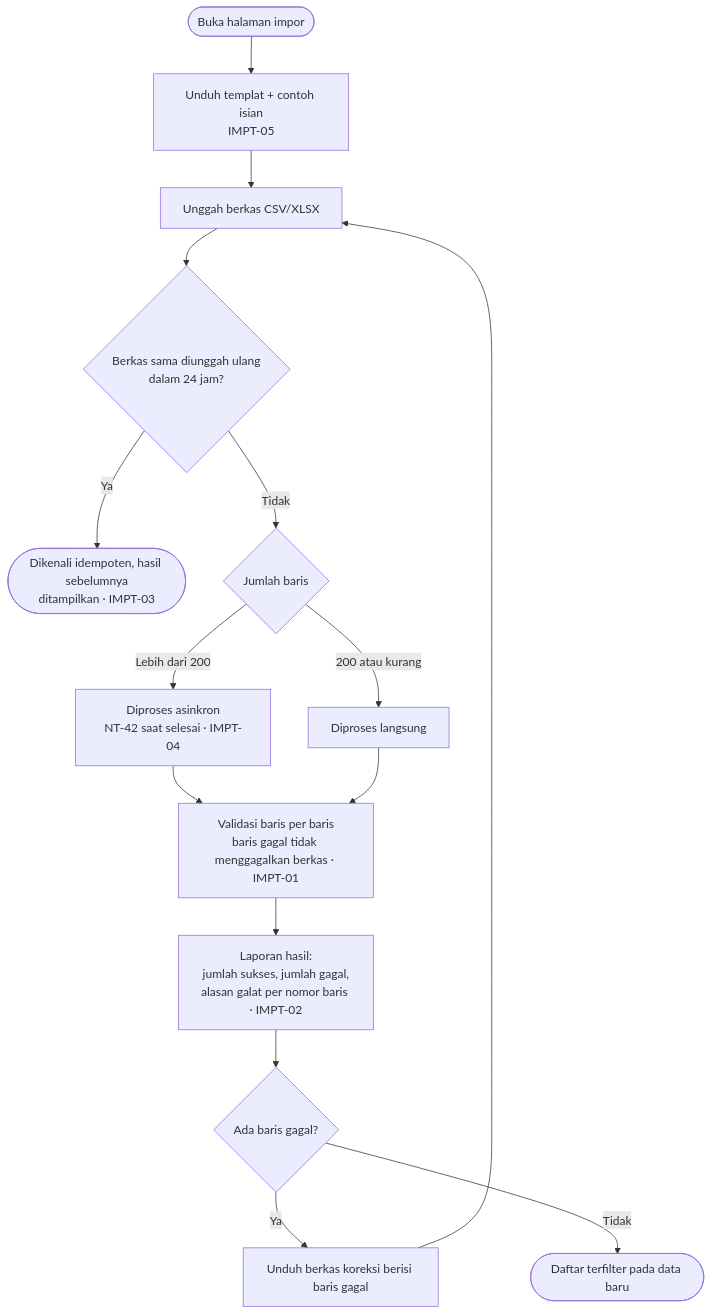
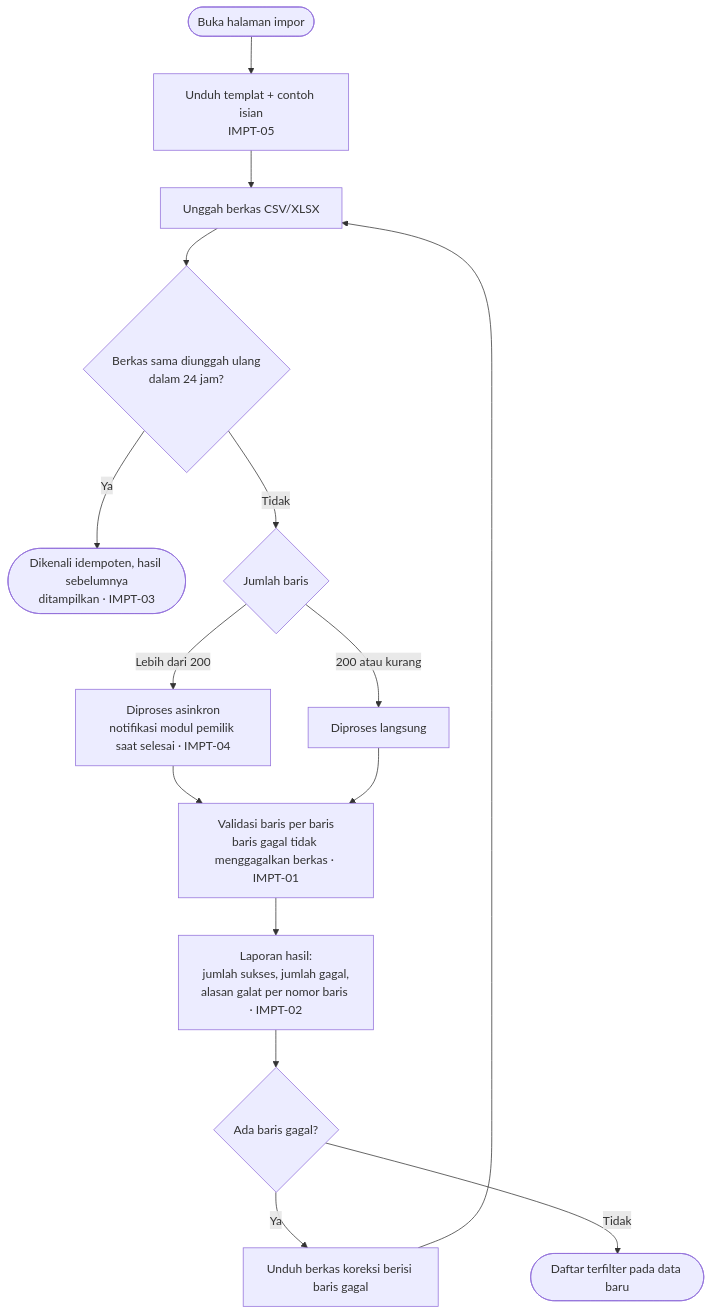
One commit to HanzzzBD/SIGM4 changed the fourth of 25 diagrams in docs/UX/USER-FLOWS.md. Above: the diagram before and after it, drawn with Mermaid. The commit also changed other lines of this file and 12 other files, not shown here.

````diff
--- a/docs/UX/USER-FLOWS.md
+++ b/docs/UX/USER-FLOWS.md
@@ -193,16 +193,16 @@
 ```mermaid
 flowchart TD
     A([Buka halaman impor]) --> B["Unduh templat + contoh isian<br/>IMPT-05"]
     B --> C["Unggah berkas CSV/XLSX"]
     C --> D{"Berkas sama diunggah ulang<br/>dalam 24 jam?"}
     D -->|Ya| E(["Dikenali idempoten, hasil sebelumnya<br/>ditampilkan · IMPT-03"])
     D -->|Tidak| F{Jumlah baris}
-    F -->|"Lebih dari 200"| G["Diproses asinkron<br/>NT-42 saat selesai · IMPT-04"]
+    F -->|"Lebih dari 200"| G["Diproses asinkron<br/>notifikasi modul pemilik saat selesai · IMPT-04"]
     F -->|"200 atau kurang"| H["Diproses langsung"]
     G --> I
     H --> I["Validasi baris per baris<br/>baris gagal tidak menggagalkan berkas · IMPT-01"]
     I --> J["Laporan hasil:<br/>jumlah sukses, jumlah gagal,<br/>alasan galat per nomor baris · IMPT-02"]
     J --> K{Ada baris gagal?}
     K -->|Ya| L["Unduh berkas koreksi berisi baris gagal"] --> C
     K -->|Tidak| M(["Daftar terfilter pada data baru"])
 ```
````
